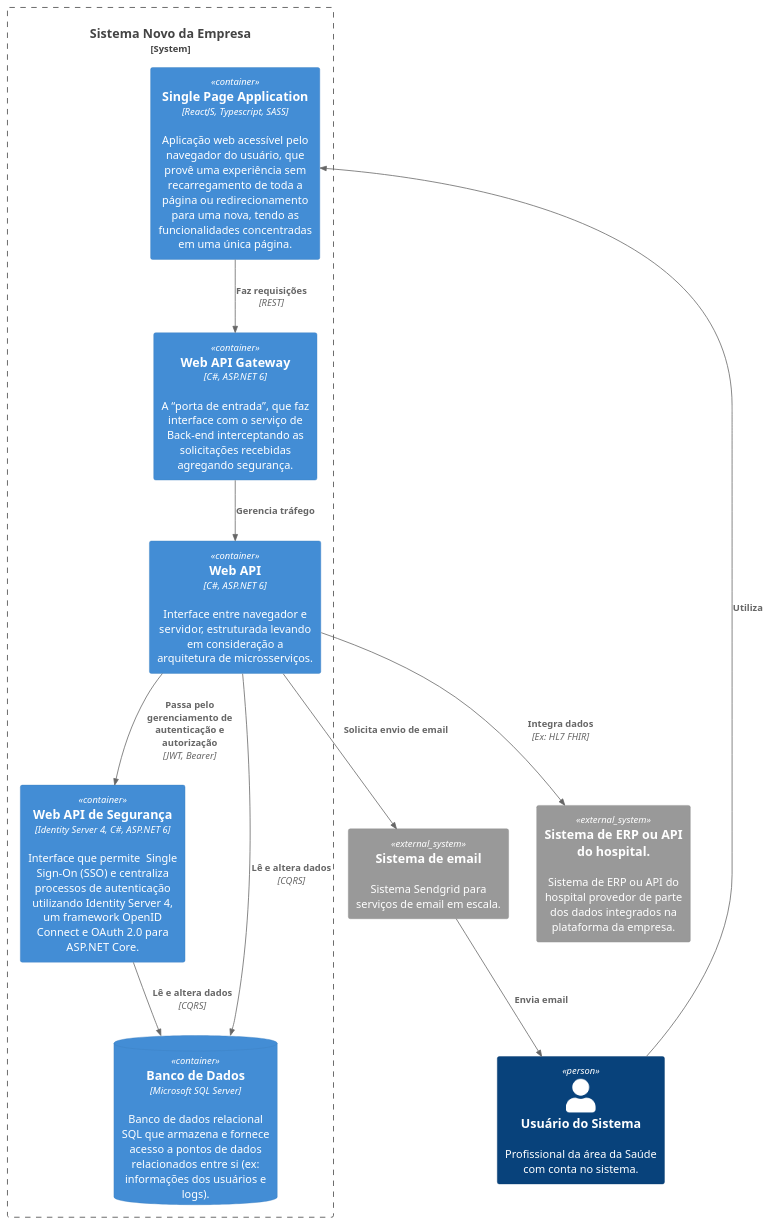
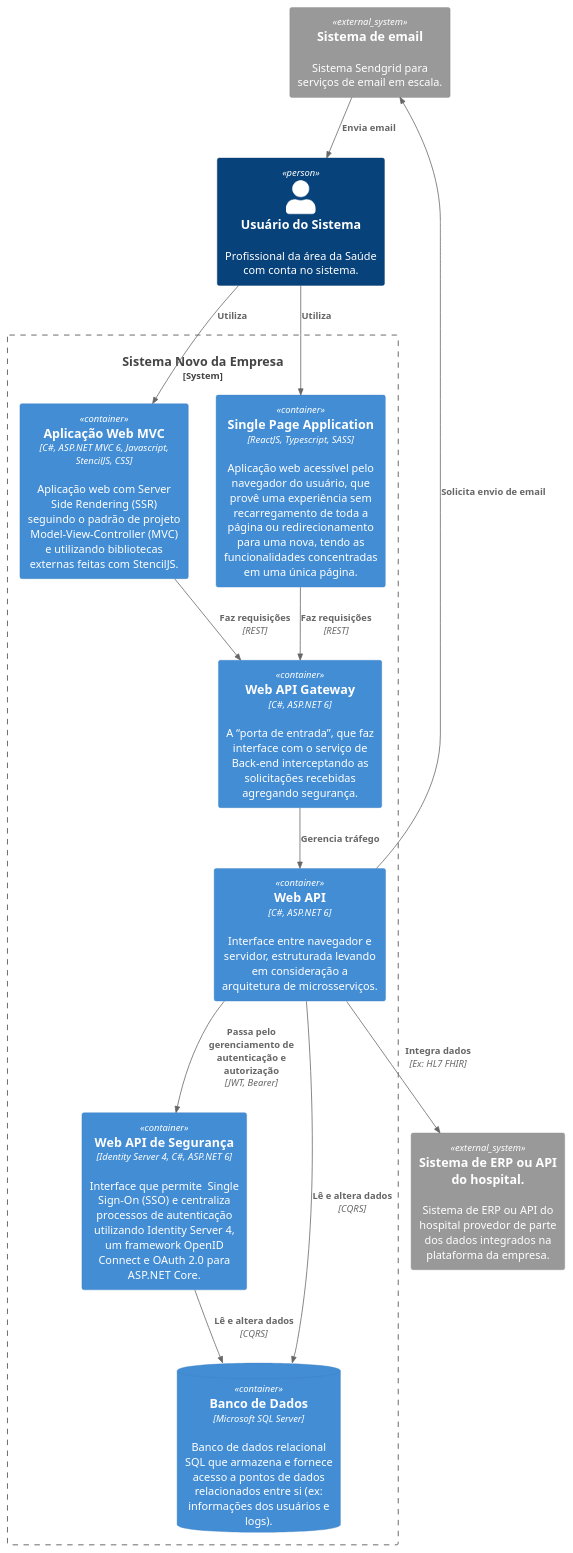
Before and after one commit to JeanneLima/PA_IGTI-XPEducacao_ARS_2022: the diagram in docs/diagrams/src/c4-container.puml, drawn with PlantUML. The commit also changed 1 other file, not shown here.

Commit message:
feat(docs): adiciona aplicação MVC no diagrama de container C4

```diff
--- a/docs/diagrams/src/c4-container.puml
+++ b/docs/diagrams/src/c4-container.puml
@@ -1,28 +1,30 @@
 @startuml C4_Model_Container
 !include https://raw.githubusercontent.com/plantuml-stdlib/C4-PlantUML/master/C4_Container.puml
 
 Person(commonUser, "Usuário do Sistema", "Profissional da área da Saúde com conta no sistema.")
 
 System_Boundary(newSystem, "Sistema Novo da Empresa") {
+    Container(newSystemWebAppMVC, "Aplicação Web MVC", "C#, ASP.NET MVC 6, Javascript, StencilJS, CSS", "Aplicação web com Server Side Rendering (SSR) seguindo o padrão de projeto Model-View-Controller (MVC) e utilizando bibliotecas externas feitas com StencilJS.")
     Container(newSystemSPA, "Single Page Application", "ReactJS, Typescript, SASS", "Aplicação web acessível pelo navegador do usuário, que provê uma experiência sem  recarregamento de toda a página ou redirecionamento para uma nova, tendo as funcionalidades concentradas em uma única página.")
     Container(newSystemServiceAPIGateway, "Web API Gateway", "C#, ASP.NET 6", "A “porta de entrada”, que faz interface com o serviço de Back-end interceptando as solicitações recebidas agregando segurança.")
     Container(newSystemServiceAPI, "Web API", "C#, ASP.NET 6", "Interface entre navegador e servidor, estruturada levando em consideração a arquitetura de microsserviços.")
     Container(newSystemSecurityServiceAPI, "Web API de Segurança", "Identity Server 4, C#, ASP.NET 6", "Interface que permite  Single Sign-On (SSO) e centraliza processos de autenticação utilizando Identity Server 4, um framework OpenID Connect e OAuth 2.0 para ASP.NET Core.")
     ContainerDb(newSystemDb, "Banco de Dados", "Microsoft SQL Server", "Banco de dados relacional SQL que armazena e fornece acesso a pontos de dados relacionados entre si (ex: informações dos usuários e logs).")
 
+    Rel(newSystemWebAppMVC, newSystemServiceAPIGateway, "Faz requisições", "REST")
     Rel(newSystemSPA, newSystemServiceAPIGateway, "Faz requisições", "REST")
     Rel(newSystemServiceAPIGateway, newSystemServiceAPI, "Gerencia tráfego")
     Rel(newSystemServiceAPI, newSystemSecurityServiceAPI, "Passa pelo gerenciamento de autenticação e autorização", "JWT, Bearer")
     Rel(newSystemSecurityServiceAPI, newSystemDb, "Lê e altera dados", "CQRS")
     Rel(newSystemServiceAPI, newSystemDb, "Lê e altera dados", "CQRS")
 }
 
 System_Ext(externalEmailSystem, "Sistema de email", "Sistema Sendgrid para serviços de email em escala.")
 System_Ext(hospitalERPExternalSystem, "Sistema de ERP ou API do hospital.", "Sistema de ERP ou API do hospital provedor de parte dos dados integrados na plataforma da empresa.")
 
-' Rel(commonUser, newSystemWebApp, "Utiliza")
+Rel(commonUser, newSystemWebAppMVC, "Utiliza")
 Rel(commonUser, newSystemSPA, "Utiliza")
 Rel(newSystemServiceAPI, hospitalERPExternalSystem, "Integra dados", "Ex: HL7 FHIR")
 Rel(newSystemServiceAPI, externalEmailSystem, "Solicita envio de email")
 Rel(externalEmailSystem, commonUser, "Envia email")
 @enduml
```
